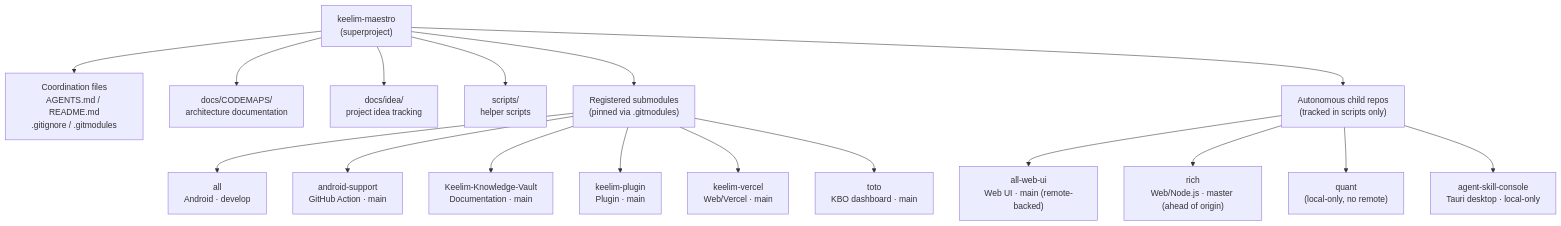
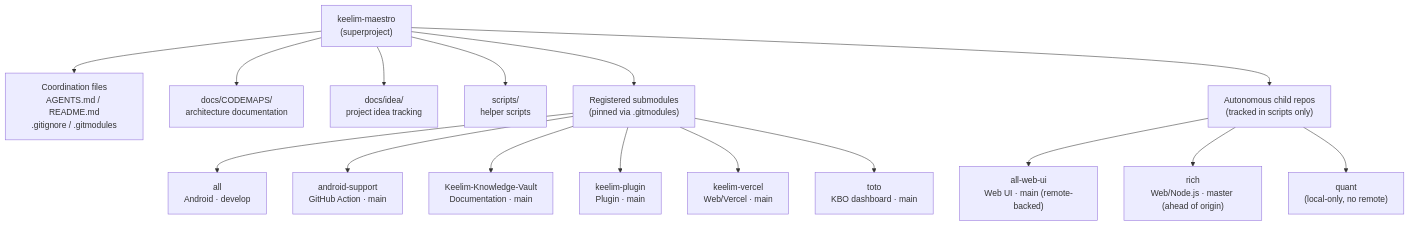
The diagram in docs/CODEMAPS/WORKSPACE.md (keelim/keelim-maestro), drawn with Mermaid before and after one commit. The commit also changed other lines of this file and 26 other files, not shown here.

````diff
--- a/docs/CODEMAPS/WORKSPACE.md
+++ b/docs/CODEMAPS/WORKSPACE.md
@@ -16,23 +16,22 @@
 ```mermaid
 flowchart TB
     root["keelim-maestro\n(superproject)"]
 
     root --> coord["Coordination files\nAGENTS.md / README.md\n.gitignore / .gitmodules"]
     root --> docs["docs/CODEMAPS/\narchitecture documentation"]
     root --> idea["docs/idea/\nproject idea tracking"]
     root --> scripts["scripts/\nhelper scripts"]
     root --> submodules["Registered submodules\n(pinned via .gitmodules)"]
     root --> autonomous["Autonomous child repos\n(tracked in scripts only)"]
 
     submodules --> all["all\nAndroid · develop"]
     submodules --> android["android-support\nGitHub Action · main"]
     submodules --> vault["Keelim-Knowledge-Vault\nDocumentation · main"]
     submodules --> plugin["keelim-plugin\nPlugin · main"]
     submodules --> vercel["keelim-vercel\nWeb/Vercel · main"]
     submodules --> toto["toto\nKBO dashboard · main"]
 
     autonomous --> webui["all-web-ui\nWeb UI · main (remote-backed)"]
     autonomous --> rich["rich\nWeb/Node.js · master (ahead of origin)"]
     autonomous --> quant["quant\n(local-only, no remote)"]
-    autonomous --> console["agent-skill-console\nTauri desktop · local-only"]
 ```
````
